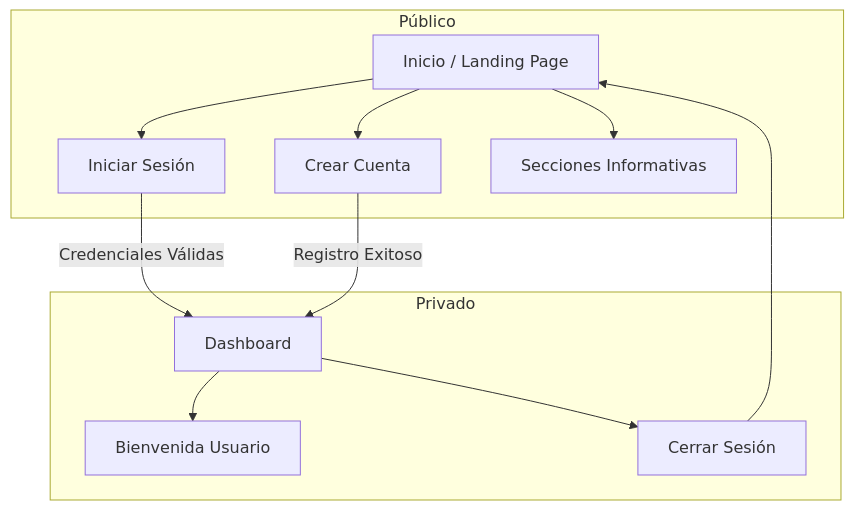
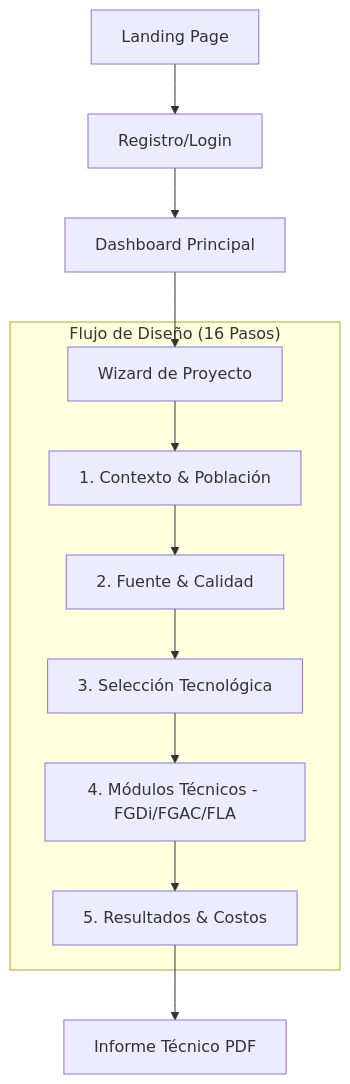
The first of 2 diagrams in README.md (Lucesdata/hydrostack), drawn with Mermaid before and after one commit. The commit also changed other lines of this file and 2 other files, not shown here.

Commit message:
docs: update README with industrial branding, new diagrams and refined LinkedIn drafts

````diff
--- a/README.md
+++ b/README.md
@@ -26,26 +25,16 @@
 ```mermaid
 graph TD
-    A[Inicio / Landing Page] --> B[Iniciar Sesión]
-    A --> C[Crear Cuenta]
-    A --> D[Secciones Informativas]
+    A[Landing Page] --> B[Registro/Login]
+    B --> C[Dashboard Principal]
+    C --> D[Wizard de Proyecto]
     
-    B -->|Credenciales Válidas| E[Dashboard]
-    C -->|Registro Exitoso| E
-    
-    E --> F[Bienvenida Usuario]
-    E --> G[Cerrar Sesión]
-    G --> A
-    
-    subgraph Público
-    A
-    B
-    C
-    D
+    subgraph "Flujo de Diseño (16 Pasos)"
+    D --> E[1. Contexto & Población]
+    E --> F[2. Fuente & Calidad]
+    F --> G[3. Selección Tecnológica]
+    G --> H[4. Módulos Técnicos - FGDi/FGAC/FLA]
+    H --> I[5. Resultados & Costos]
     end
     
-    subgraph Privado
-    E
-    F
-    G
-    end
+    I --> J[Informe Técnico PDF]
 ```
````
